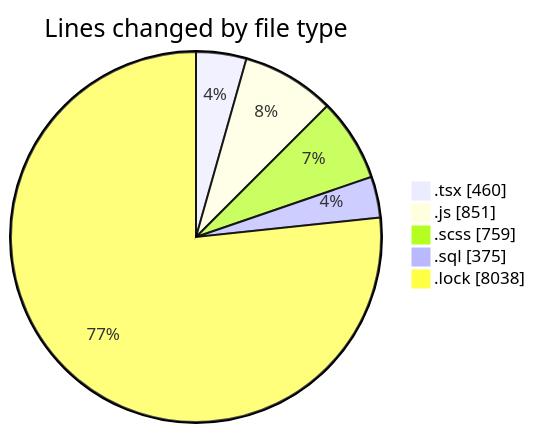
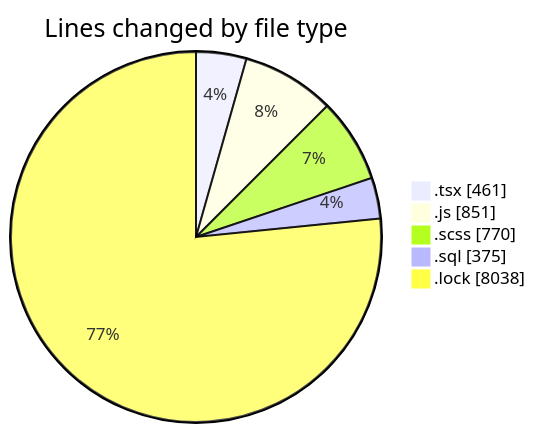
One commit to momahboobian/code-tracking changed the first of 2 diagrams in 2025-03-18/cda/README.md. Above: the diagram before and after it, drawn with Mermaid. The commit also changed other lines of this file and 1 other file, not shown here.

````diff
--- a/2025-03-18/cda/README.md
+++ b/2025-03-18/cda/README.md
@@ -30,9 +30,9 @@
 ```mermaid
 pie showData
 title Lines changed by file type
-".tsx" : 460
+".tsx" : 461
 ".js" : 851
-".scss" : 759
+".scss" : 770
 ".sql" : 375
 ".lock" : 8038
 ```
````
